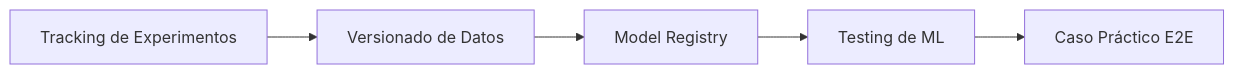
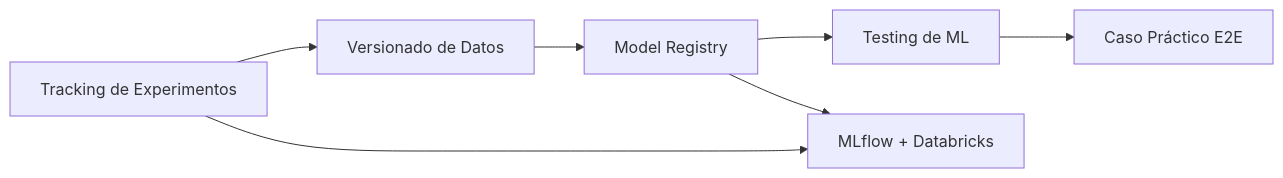
One commit to Leito2/Learning changed the first of 2 diagrams in SW-ML-AI Engineering/05 - MLOps y Produccion/18 - Experiment Tracking y Model Registry/00 - Bienvenida.md. Above: the diagram before and after it, drawn with Mermaid. The commit also changed other lines of this file and 58 other files, not shown here.

````diff
--- a/SW-ML-AI Engineering/05 - MLOps y Produccion/18 - Experiment Tracking y Model Registry/00 - Bienvenida.md
+++ b/SW-ML-AI Engineering/05 - MLOps y Produccion/18 - Experiment Tracking y Model Registry/00 - Bienvenida.md
@@ -21,7 +22,9 @@
 ```mermaid
 graph LR
     A[Tracking de Experimentos] --> B[Versionado de Datos]
     B --> C[Model Registry]
     C --> D[Testing de ML]
     D --> E[Caso Práctico E2E]
+    A --> F[MLflow + Databricks]
+    C --> F
 ```
````
